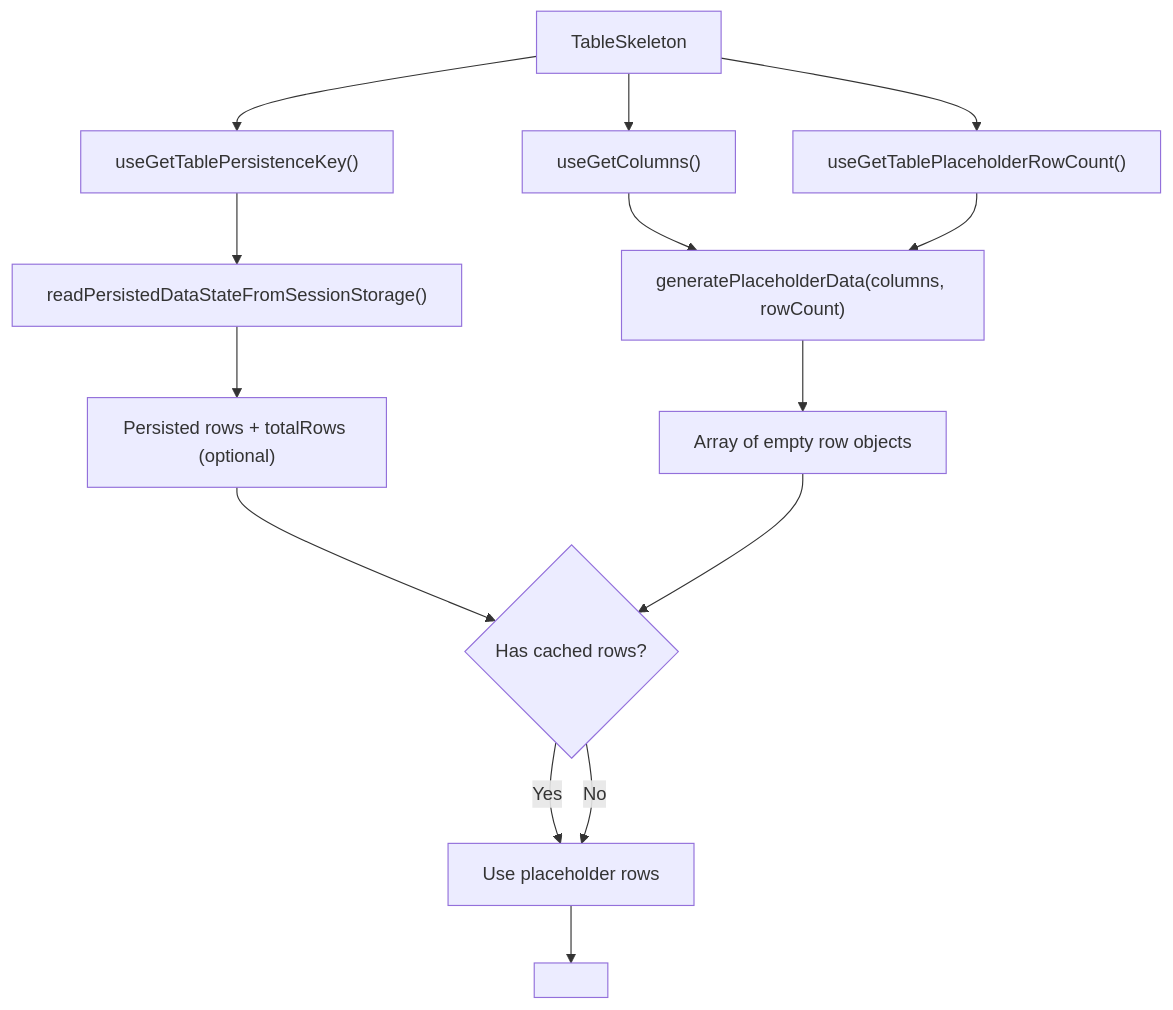
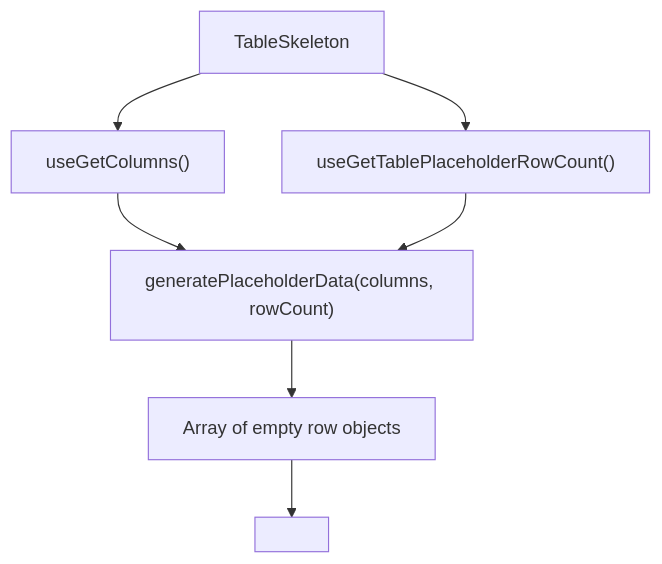
The diagram in packages/ui/src/components/Table/TableSkeleton/ARCHITECTURE.md (luciocabrera/lcabrera-stack), drawn with Mermaid before and after one commit. The commit also changed other lines of this file and 22 other files, not shown here.

````diff
--- a/packages/ui/src/components/Table/TableSkeleton/ARCHITECTURE.md
+++ b/packages/ui/src/components/Table/TableSkeleton/ARCHITECTURE.md
@@ -18,16 +18,9 @@
 ```mermaid
 graph TD
   SK["TableSkeleton"] --> cols["useGetColumns()"]
-  SK --> key["useGetTablePersistenceKey()"]
   SK --> count["useGetTablePlaceholderRowCount()"]
-  key --> read["readPersistedDataStateFromSessionStorage()"]
   cols --> gen["generatePlaceholderData(columns, rowCount)"]
   count --> gen
   gen --> data["Array of empty row objects"]
-  read --> cached["Persisted rows + totalRows (optional)"]
-  cached --> choose{"Has cached rows?"}
-  data --> choose
-  choose -->|Yes| effective["Use cached rows"]
-  choose -->|No| effective["Use placeholder rows"]
-  effective --> T["<Table isLoading response={{ data, totalRows }} />"]
+  data --> T["<Table isLoading response={{ data, totalRows }} />"]
 ```
````
